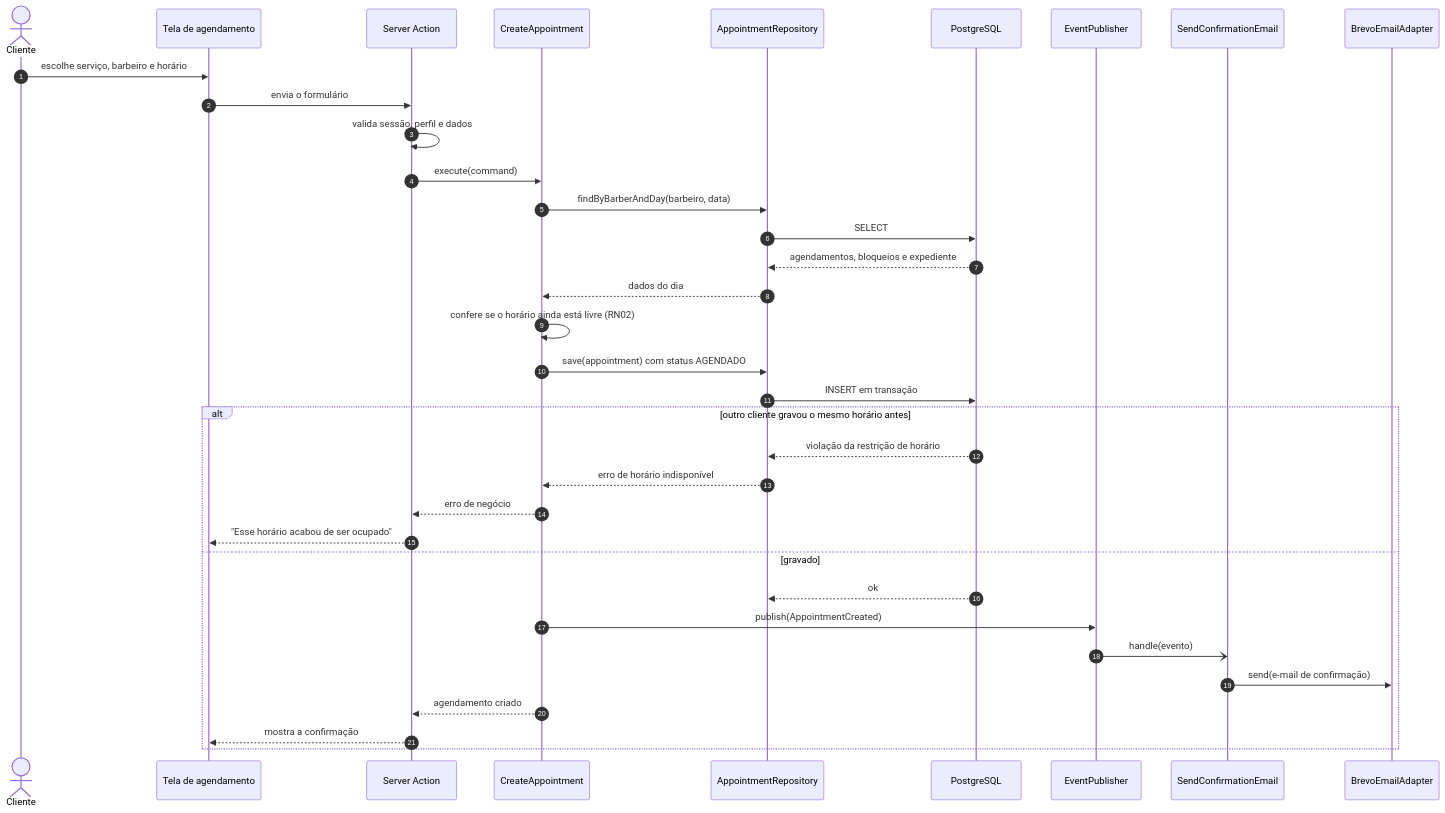
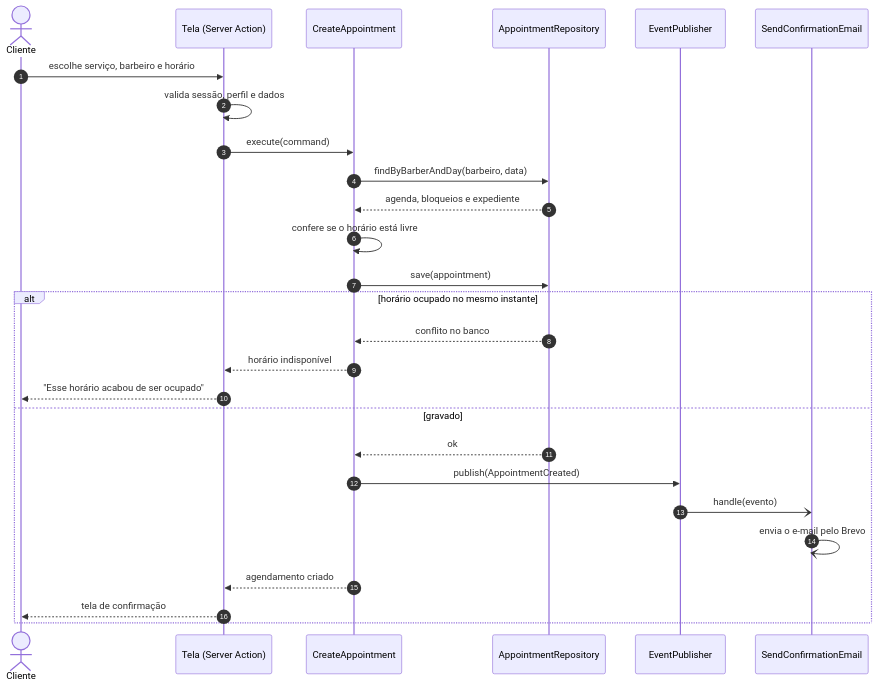
Before and after one commit to jpdominguess/korte: the diagram in docs/diagramas/sequencia-agendar.mmd, drawn with Mermaid. The commit also changed 7 other files, not shown here.

```diff
--- a/docs/diagramas/sequencia-agendar.mmd
+++ b/docs/diagramas/sequencia-agendar.mmd
@@ -1,36 +1,28 @@
 sequenceDiagram
     autonumber
     actor Cliente
-    participant UI as Tela de agendamento
-    participant SA as Server Action
+    participant UI as Tela (Server Action)
     participant UC as CreateAppointment
     participant Rep as AppointmentRepository
-    participant BD as PostgreSQL
     participant Ev as EventPublisher
     participant Obs as SendConfirmationEmail
-    participant Mail as BrevoEmailAdapter
 
     Cliente->>UI: escolhe serviço, barbeiro e horário
-    UI->>SA: envia o formulário
-    SA->>SA: valida sessão, perfil e dados
-    SA->>UC: execute(command)
+    UI->>UI: valida sessão, perfil e dados
+    UI->>UC: execute(command)
     UC->>Rep: findByBarberAndDay(barbeiro, data)
-    Rep->>BD: SELECT
-    BD-->>Rep: agendamentos, bloqueios e expediente
-    Rep-->>UC: dados do dia
-    UC->>UC: confere se o horário ainda está livre (RN02)
-    UC->>Rep: save(appointment) com status AGENDADO
-    Rep->>BD: INSERT em transação
-    alt outro cliente gravou o mesmo horário antes
-        BD-->>Rep: violação da restrição de horário
-        Rep-->>UC: erro de horário indisponível
-        UC-->>SA: erro de negócio
-        SA-->>UI: "Esse horário acabou de ser ocupado"
+    Rep-->>UC: agenda, bloqueios e expediente
+    UC->>UC: confere se o horário está livre
+    UC->>Rep: save(appointment)
+    alt horário ocupado no mesmo instante
+        Rep-->>UC: conflito no banco
+        UC-->>UI: horário indisponível
+        UI-->>Cliente: "Esse horário acabou de ser ocupado"
     else gravado
-        BD-->>Rep: ok
+        Rep-->>UC: ok
         UC->>Ev: publish(AppointmentCreated)
         Ev-)Obs: handle(evento)
-        Obs->>Mail: send(e-mail de confirmação)
-        UC-->>SA: agendamento criado
-        SA-->>UI: mostra a confirmação
+        Obs-)Obs: envia o e-mail pelo Brevo
+        UC-->>UI: agendamento criado
+        UI-->>Cliente: tela de confirmação
     end
```
